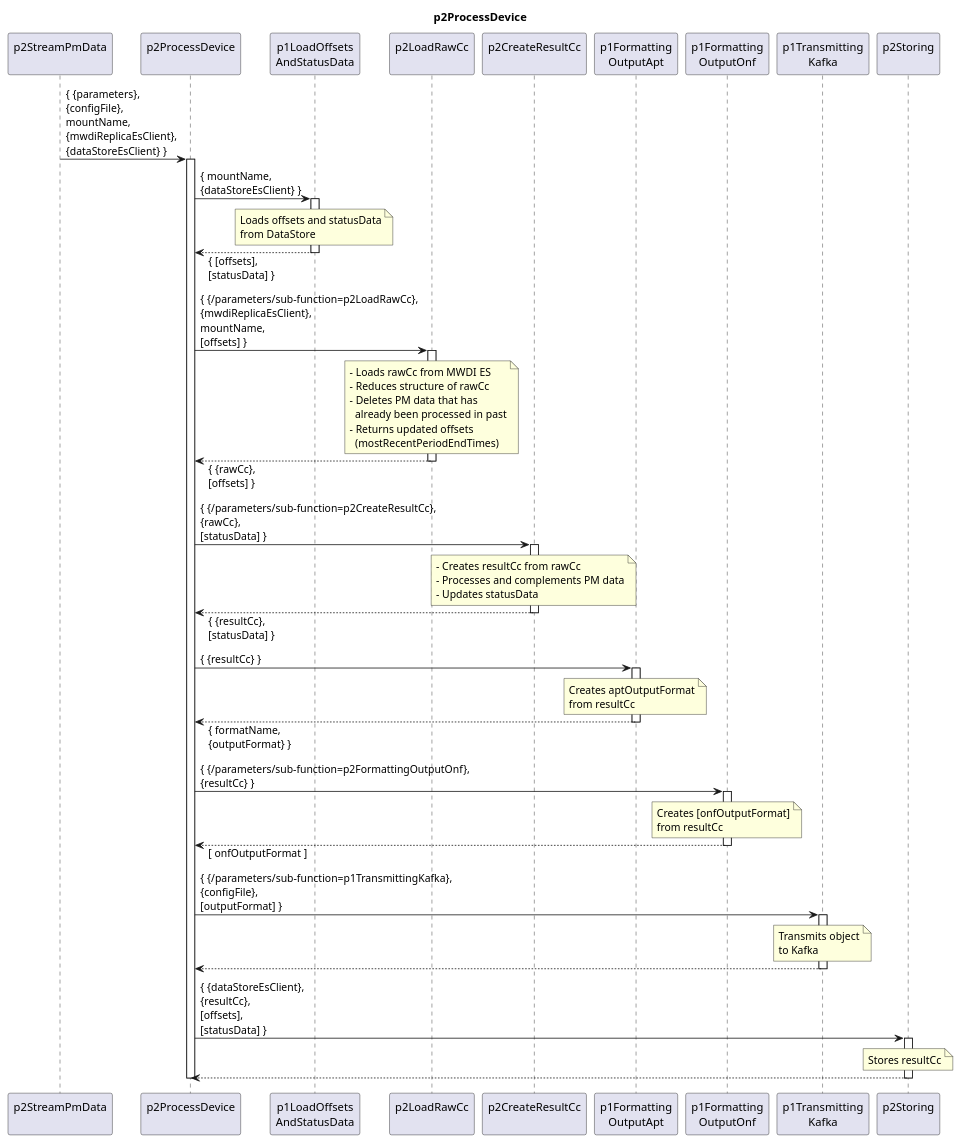
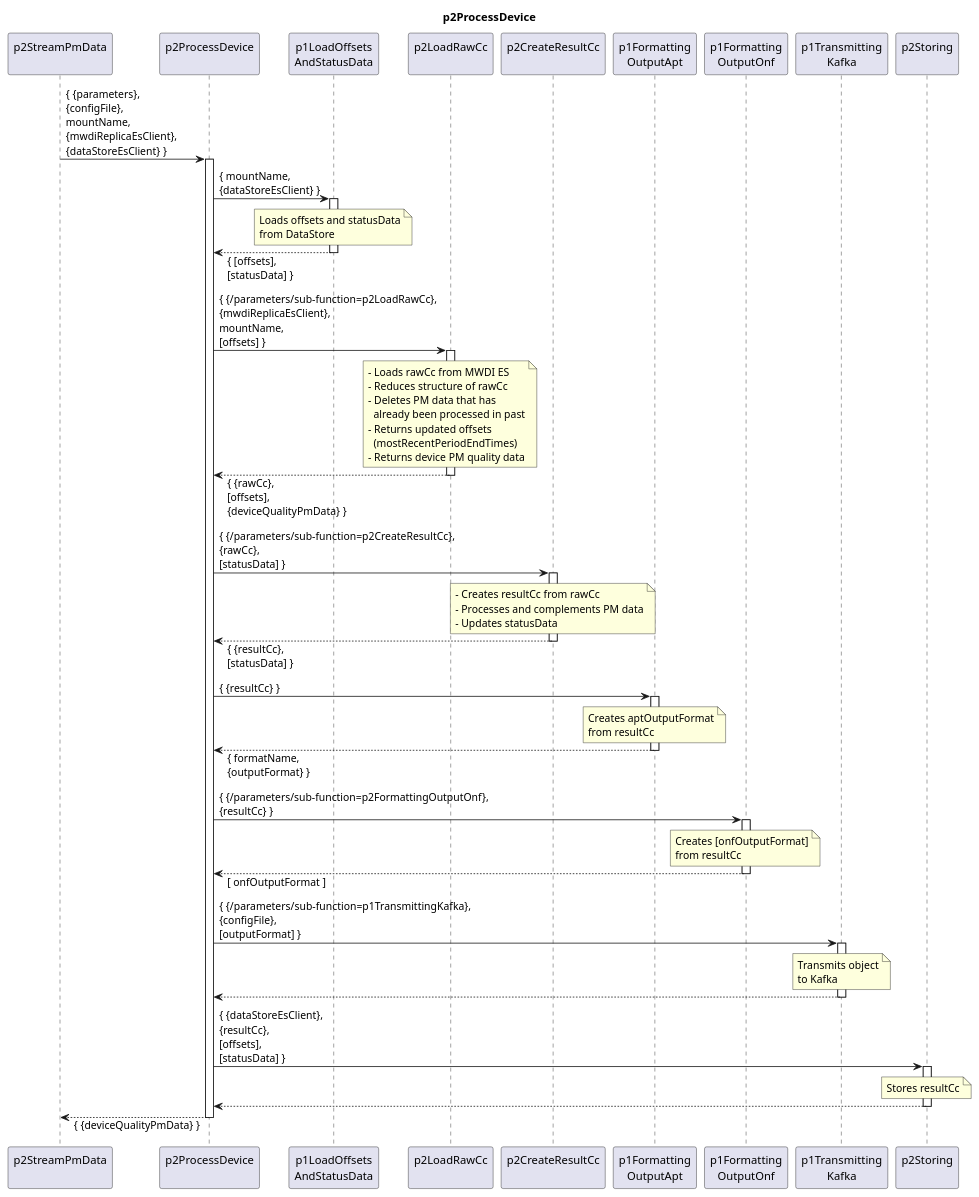
One commit to openBackhaul/DevicePerformanceManagementDataProcessor changed the diagram in spec/Functions/p2StreamPmData/p2ProcessDevice/1.0.0/p2ProcessDevice.plantuml. Above: the diagram before and after it, drawn with PlantUML. The commit also changed 3 other files, not shown here.

Commit message:
add quality data handovers to diagrams

```diff
--- a/spec/Functions/p2StreamPmData/p2ProcessDevice/1.0.0/p2ProcessDevice.plantuml
+++ b/spec/Functions/p2StreamPmData/p2ProcessDevice/1.0.0/p2ProcessDevice.plantuml
@@ -1,111 +1,114 @@
 @startuml p2ProcessDevice
 skinparam responseMessageBelowArrow true
 
 title
   p2ProcessDevice
 end title
 
 participant "p2StreamPmData\n" as requestor
 participant "p2ProcessDevice\n" as cur
 participant "p1LoadOffsets\nAndStatusData" as p1Offset
 participant "p2LoadRawCc\n" as p2AddRaw
 participant "p2CreateResultCc\n" as p2CreateResCc
 participant "p1Formatting\nOutputApt" as p1OutputApt
 participant "p1Formatting\nOutputOnf" as p1OutputOnf
 participant "p1Transmitting\nKafka" as p1Trans
 participant "p2Storing\n" as p2Store
 
 requestor -> cur : { {parameters},\n{configFile},\nmountName,\n{mwdiReplicaEsClient},\n{dataStoreEsClient} }
 activate cur
 
   'LoadOffsetsAndStatusData
   cur -> p1Offset: { mountName,\n{dataStoreEsClient} }
   activate p1Offset
 
     note over p1Offset
       Loads offsets and statusData
       from DataStore
     end note
 
   cur <-- p1Offset: { [offsets],\n[statusData] }
   deactivate p1Offset
 
   'LoadRawCc
   cur -> p2AddRaw : { {/parameters/sub-function=p2LoadRawCc},\n{mwdiReplicaEsClient},\nmountName,\n[offsets] }
   activate p2AddRaw
 
     note over p2AddRaw
       - Loads rawCc from MWDI ES
       - Reduces structure of rawCc
       - Deletes PM data that has
         already been processed in past
       - Returns updated offsets
         (mostRecentPeriodEndTimes)
+      - Returns device PM quality data
     end note
 
-  cur <-- p2AddRaw : { {rawCc},\n[offsets] }
+  cur <-- p2AddRaw : { {rawCc},\n[offsets],\n{deviceQualityPmData} }
   deactivate p2AddRaw
 
   'CreateResultCc
   cur -> p2CreateResCc : { {/parameters/sub-function=p2CreateResultCc},\n{rawCc},\n[statusData] }
   activate p2CreateResCc
 
     note over p2CreateResCc
       - Creates resultCc from rawCc
       - Processes and complements PM data
       - Updates statusData
     end note
 
   cur <-- p2CreateResCc :  { {resultCc},\n[statusData] }
   deactivate p2CreateResCc
 
   'FormattingOutputApt
   cur -> p1OutputApt : { {resultCc} }
   activate p1OutputApt
 
     note over p1OutputApt
       Creates aptOutputFormat
       from resultCc
     end note
 
   cur <-- p1OutputApt : { formatName,\n{outputFormat} }
   deactivate p1OutputApt
 
   'FormattingOutputOnf
   cur -> p1OutputOnf : { {/parameters/sub-function=p2FormattingOutputOnf},\n{resultCc} }
   activate p1OutputOnf
 
     note over p1OutputOnf
       Creates [onfOutputFormat]
       from resultCc
     end note
 
   cur <-- p1OutputOnf : [ onfOutputFormat ]
   deactivate p1OutputOnf
 
   'TransmittingKafka
   cur -> p1Trans : { {/parameters/sub-function=p1TransmittingKafka},\n{configFile},\n[outputFormat] }
   activate p1Trans
 
     note over p1Trans
       Transmits object
       to Kafka
     end note
 
   cur <-- p1Trans
   deactivate p1Trans
 
   'Storing
   cur -> p2Store : { {dataStoreEsClient},\n{resultCc},\n[offsets],\n[statusData] }
   activate p2Store
 
     note over p2Store
       Stores resultCc
     end note
 
   cur <-- p2Store
   deactivate p2Store
 
+  requestor <-- cur: { {deviceQualityPmData} }
+
 deactivate cur
 
 @enduml
```
